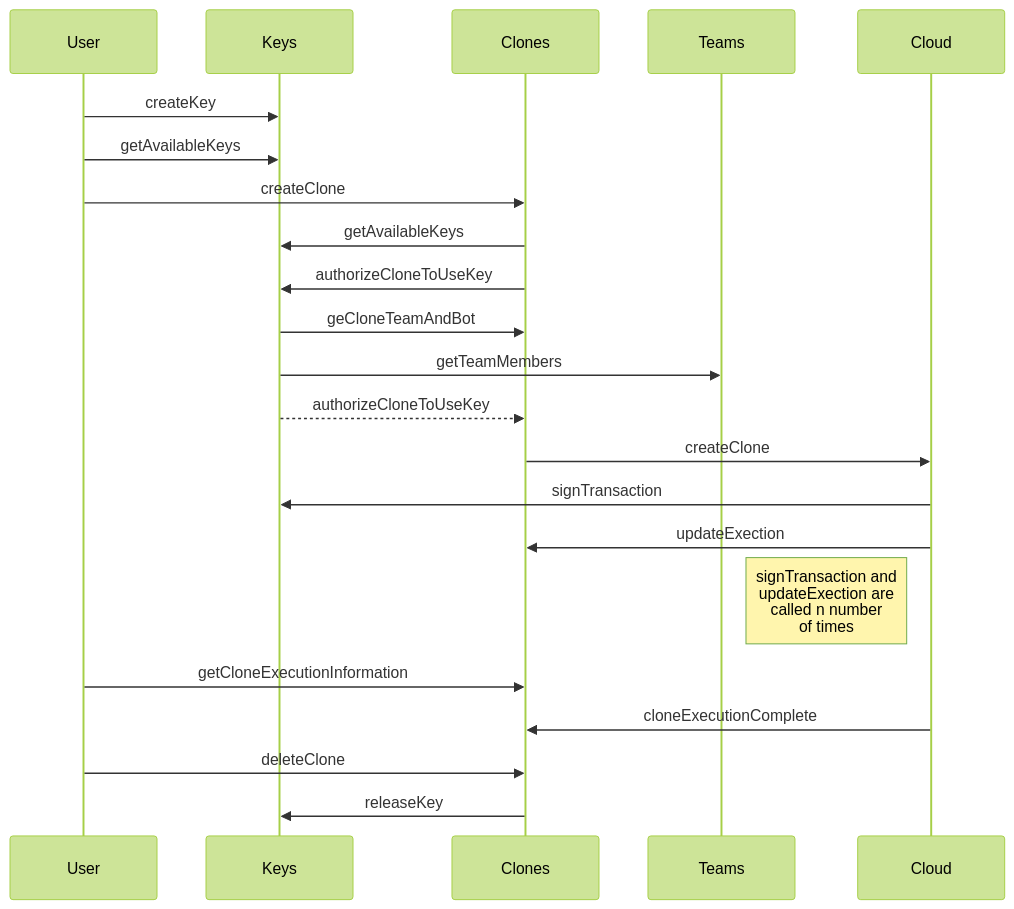
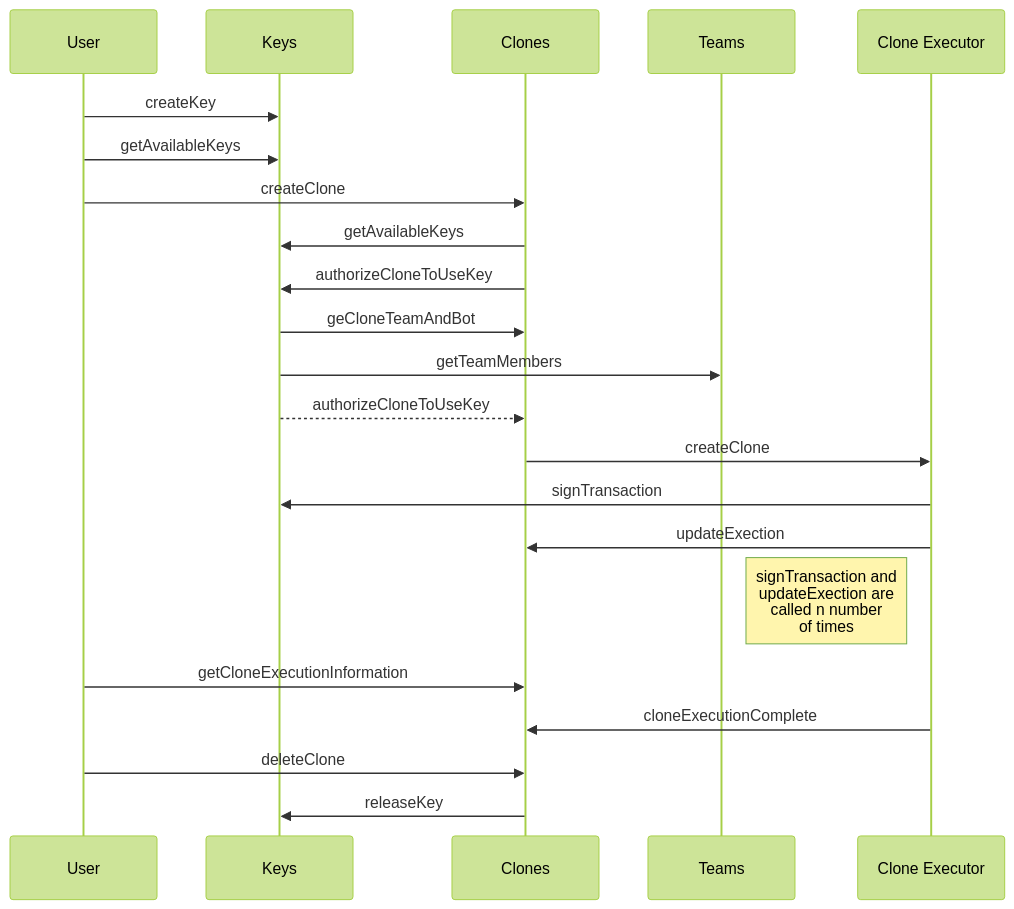
The diagram in server/README.md (Superalgos/Superalgos), drawn with Mermaid (forest theme) before and after one commit. The commit also changed other lines of this file and 13 other files, not shown here.

Commit message:
Sync with latest version of clone executor

````diff
--- a/server/README.md
+++ b/server/README.md
@@ -12,20 +12,20 @@
 ```mermaid
 sequenceDiagram
 User	->>		Keys:	createKey
 User	->>		Keys:	getAvailableKeys
 User	->>		Clones:	createClone
 Clones	->>		Keys:	getAvailableKeys
 Clones	->>		Keys:	authorizeCloneToUseKey
 Keys	->>		Clones:	geCloneTeamAndBot
 Keys	->>		Teams:	getTeamMembers
 Keys	-->>	Clones:	authorizeCloneToUseKey
-Clones	->>		Cloud:	createClone
-Cloud	->>		Keys:	signTransaction
-Cloud	->>		Clones:	updateExection
+Clones	->>		Clone Executor:	createClone
+Clone Executor	->>		Keys:	signTransaction
+Clone Executor	->>		Clones:	updateExection
 
-Note left of Cloud: signTransaction and <br/> updateExection are <br/> called n number <br/> of times
+Note left of Clone Executor: signTransaction and <br/> updateExection are <br/> called n number <br/> of times
 User	->>		Clones:	getCloneExecutionInformation
-Cloud	->>		Clones:	cloneExecutionComplete
+Clone Executor	->>		Clones:	cloneExecutionComplete
 User	->>		Clones:	deleteClone
 Clones	->>		Keys:	releaseKey
 ```
````
